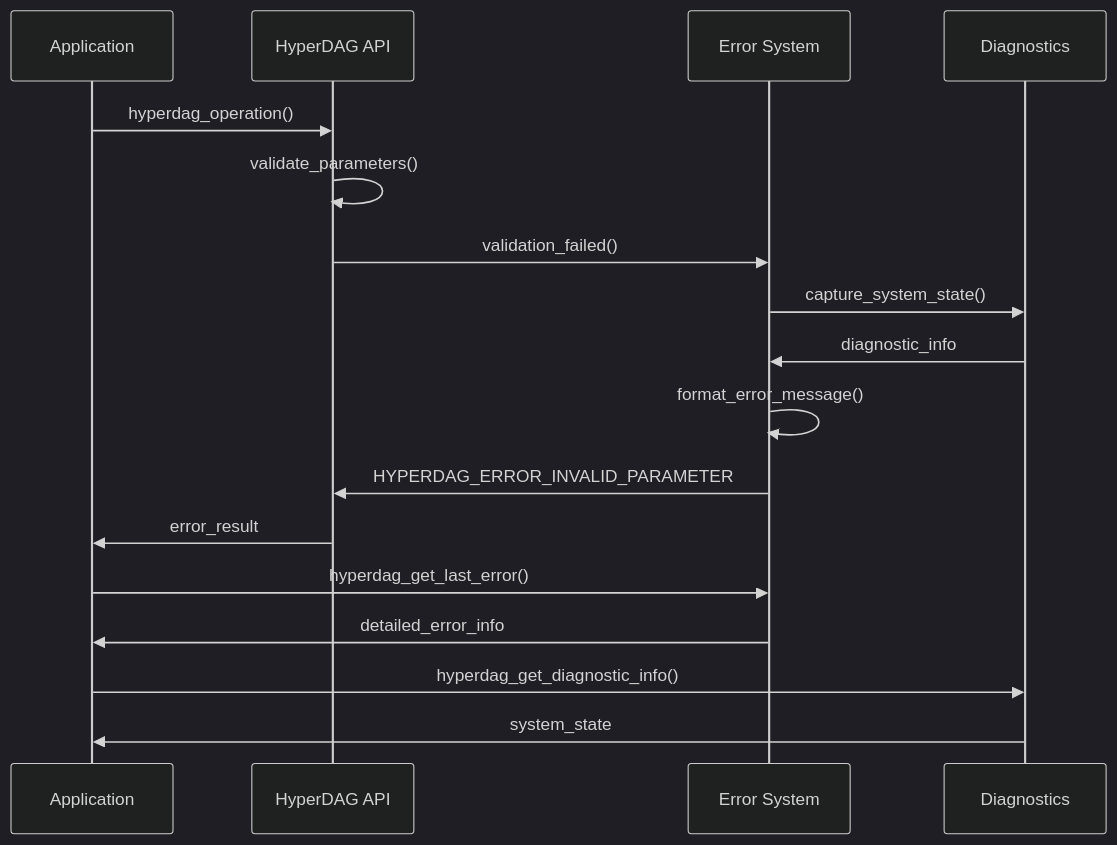
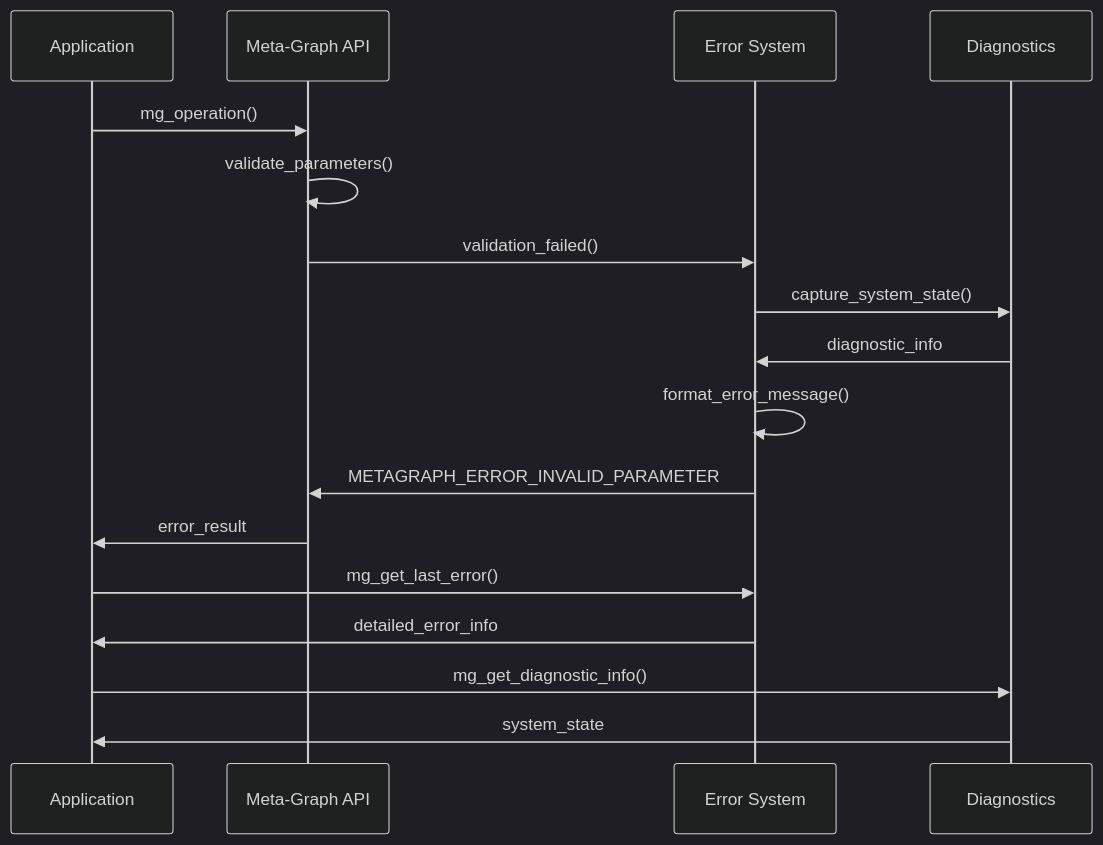
The third of 3 diagrams in docs/features/F011-error-handling-validation.md (hyperdag/core), drawn with Mermaid (dark theme) before and after one commit. The commit also changed other lines of this file and 59 other files, not shown here.

````diff
--- a/docs/features/F011-error-handling-validation.md
+++ b/docs/features/F011-error-handling-validation.md
@@ -344,21 +344,21 @@
 ```mermaid
 sequenceDiagram
     participant App as Application
-    participant API as HyperDAG API
+    participant API as Meta-Graph API
     participant Error as Error System
     participant Diag as Diagnostics
-    
-    App->>API: hyperdag_operation()
+
+    App->>API: mg_operation()
     API->>API: validate_parameters()
     API->>Error: validation_failed()
     Error->>Diag: capture_system_state()
     Diag->>Error: diagnostic_info
     Error->>Error: format_error_message()
-    Error->>API: HYPERDAG_ERROR_INVALID_PARAMETER
+    Error->>API: METAGRAPH_ERROR_INVALID_PARAMETER
     API->>App: error_result
-    
-    App->>Error: hyperdag_get_last_error()
+
+    App->>Error: mg_get_last_error()
     Error->>App: detailed_error_info
-    App->>Diag: hyperdag_get_diagnostic_info()
+    App->>Diag: mg_get_diagnostic_info()
     Diag->>App: system_state
 ```
````
